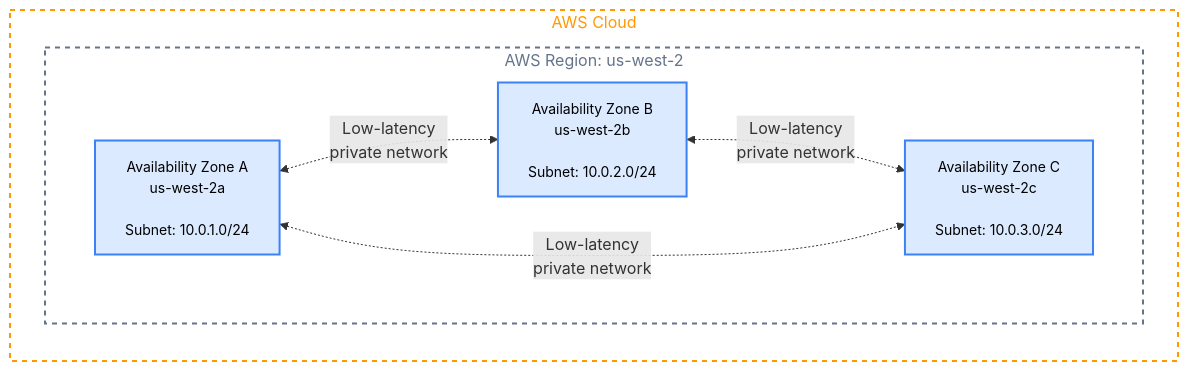
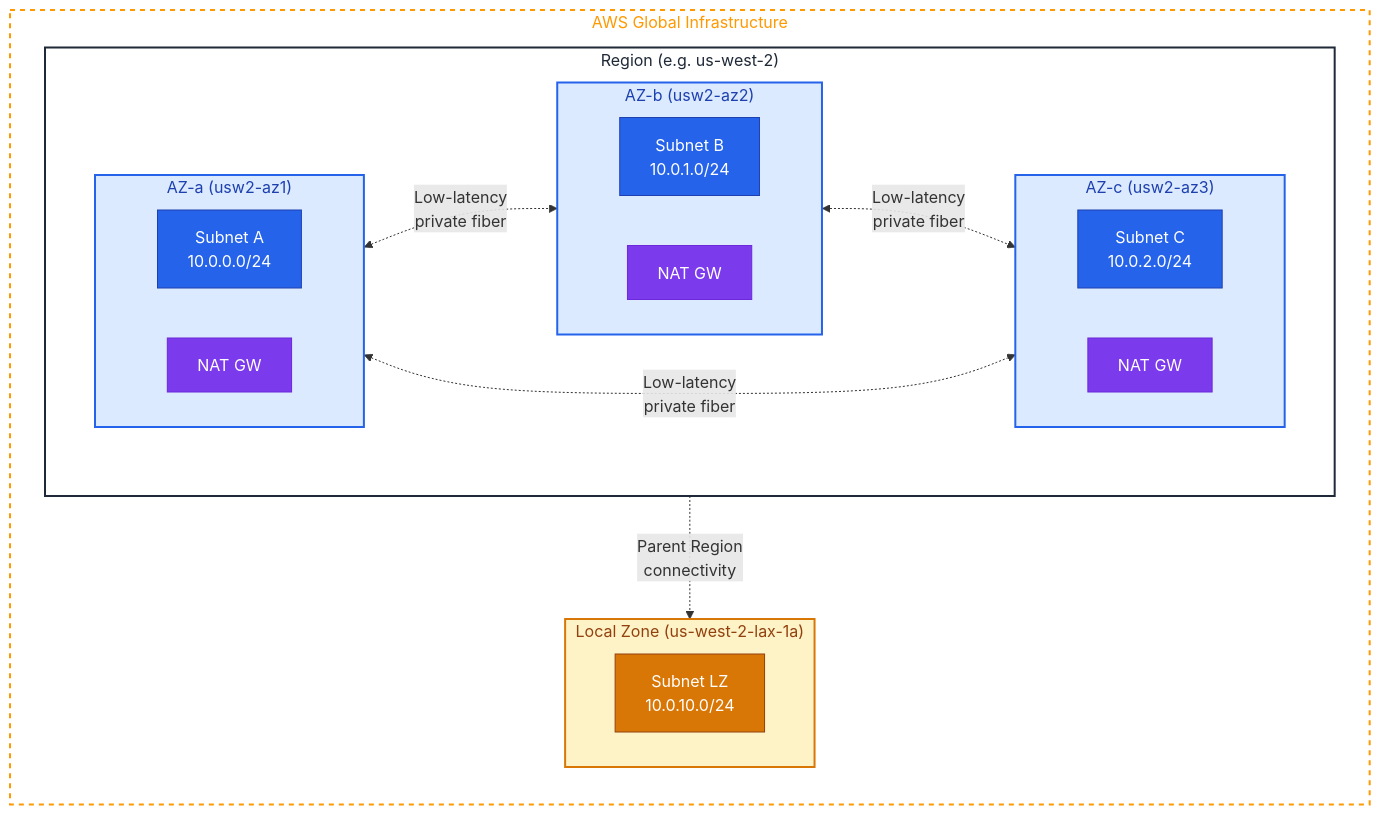
The diagram in content/foundation/regions-azs.md (aws/aws-networking-best-practices), drawn with Mermaid before and after one commit. The commit also changed other lines of this file and 41 other files, not shown here.

````diff
--- a/content/foundation/regions-azs.md
+++ b/content/foundation/regions-azs.md
@@ -5,20 +10,48 @@
 ``` mermaid
-graph LR
-    subgraph AWS["AWS Cloud"]
-        subgraph Region["AWS Region: us-west-2"]
-            AZ1["Availability Zone A<br/>us-west-2a<br/><br/>Subnet: 10.0.1.0/24"]
-            AZ2["Availability Zone B<br/>us-west-2b<br/><br/>Subnet: 10.0.2.0/24"]
-            AZ3["Availability Zone C<br/>us-west-2c<br/><br/>Subnet: 10.0.3.0/24"]
+graph TB
+    subgraph AWS["AWS Global Infrastructure"]
+        direction TB
+
+        subgraph Region["Region (e.g. us-west-2)"]
+            direction LR
+
+            subgraph AZ1["AZ-a  (usw2-az1)"]
+                S1["Subnet A<br/>10.0.0.0/24"]
+                NAT1["NAT GW"]
+            end
+
+            subgraph AZ2["AZ-b  (usw2-az2)"]
+                S2["Subnet B<br/>10.0.1.0/24"]
+                NAT2["NAT GW"]
+            end
+
+            subgraph AZ3["AZ-c  (usw2-az3)"]
+                S3["Subnet C<br/>10.0.2.0/24"]
+                NAT3["NAT GW"]
+            end
+        end
+
+        subgraph LZ["Local Zone (us-west-2-lax-1a)"]
+            SLZ["Subnet LZ<br/>10.0.10.0/24"]
         end
     end
-    
-    AZ1 <-."Low-latency<br/>private network".-> AZ2
-    AZ2 <-."Low-latency<br/>private network".-> AZ3
-    AZ1 <-."Low-latency<br/>private network".-> AZ3
-    
+
+    AZ1 <-."Low-latency<br/>private fiber".-> AZ2
+    AZ2 <-."Low-latency<br/>private fiber".-> AZ3
+    AZ1 <-."Low-latency<br/>private fiber".-> AZ3
+    Region -."Parent Region<br/>connectivity".-> LZ
+
     style AWS fill:none,stroke:#ff9900,stroke-width:2px,stroke-dasharray:5 5,color:#ff9900
-    style Region fill:none,stroke:#64748b,stroke-width:2px,stroke-dasharray:5 5,color:#64748b,font-size:16px
-    style AZ1 fill:#dbeafe,stroke:#3b82f6,stroke-width:2px,color:#000,font-size:14px
-    style AZ2 fill:#dbeafe,stroke:#3b82f6,stroke-width:2px,color:#000,font-size:14px
-    style AZ3 fill:#dbeafe,stroke:#3b82f6,stroke-width:2px,color:#000,font-size:14px
+    style Region fill:none,stroke:#1f2937,stroke-width:2px,color:#1f2937
+    style AZ1 fill:#dbeafe,stroke:#2563eb,stroke-width:2px,color:#1e40af
+    style AZ2 fill:#dbeafe,stroke:#2563eb,stroke-width:2px,color:#1e40af
+    style AZ3 fill:#dbeafe,stroke:#2563eb,stroke-width:2px,color:#1e40af
+    style LZ fill:#fef3c7,stroke:#d97706,stroke-width:2px,color:#92400e
+    style S1 fill:#2563eb,stroke:#1e40af,color:#fff
+    style S2 fill:#2563eb,stroke:#1e40af,color:#fff
+    style S3 fill:#2563eb,stroke:#1e40af,color:#fff
+    style SLZ fill:#d97706,stroke:#92400e,color:#fff
+    style NAT1 fill:#7c3aed,stroke:#6d28d9,color:#fff
+    style NAT2 fill:#7c3aed,stroke:#6d28d9,color:#fff
+    style NAT3 fill:#7c3aed,stroke:#6d28d9,color:#fff
 ```
````
